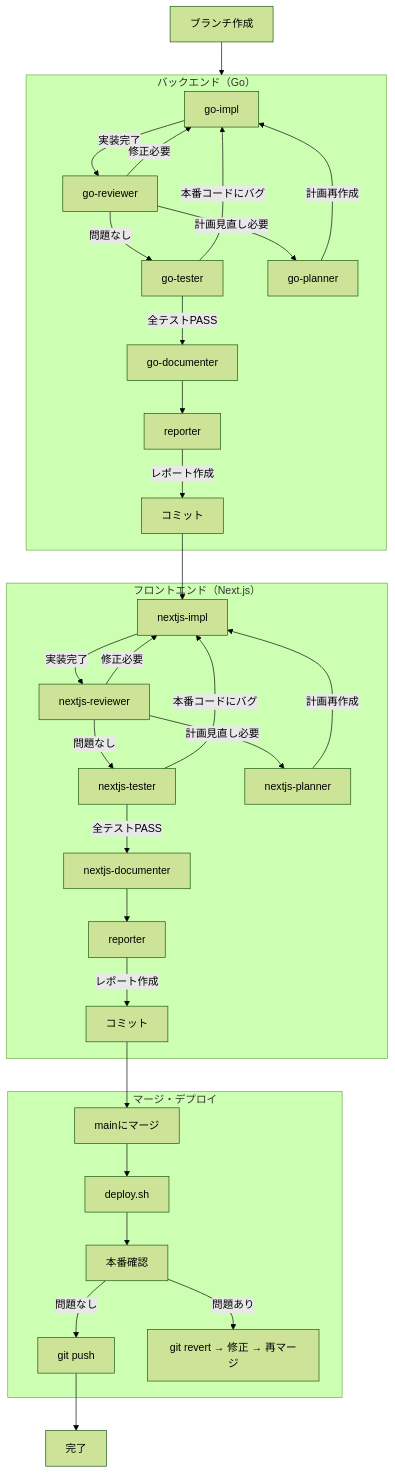
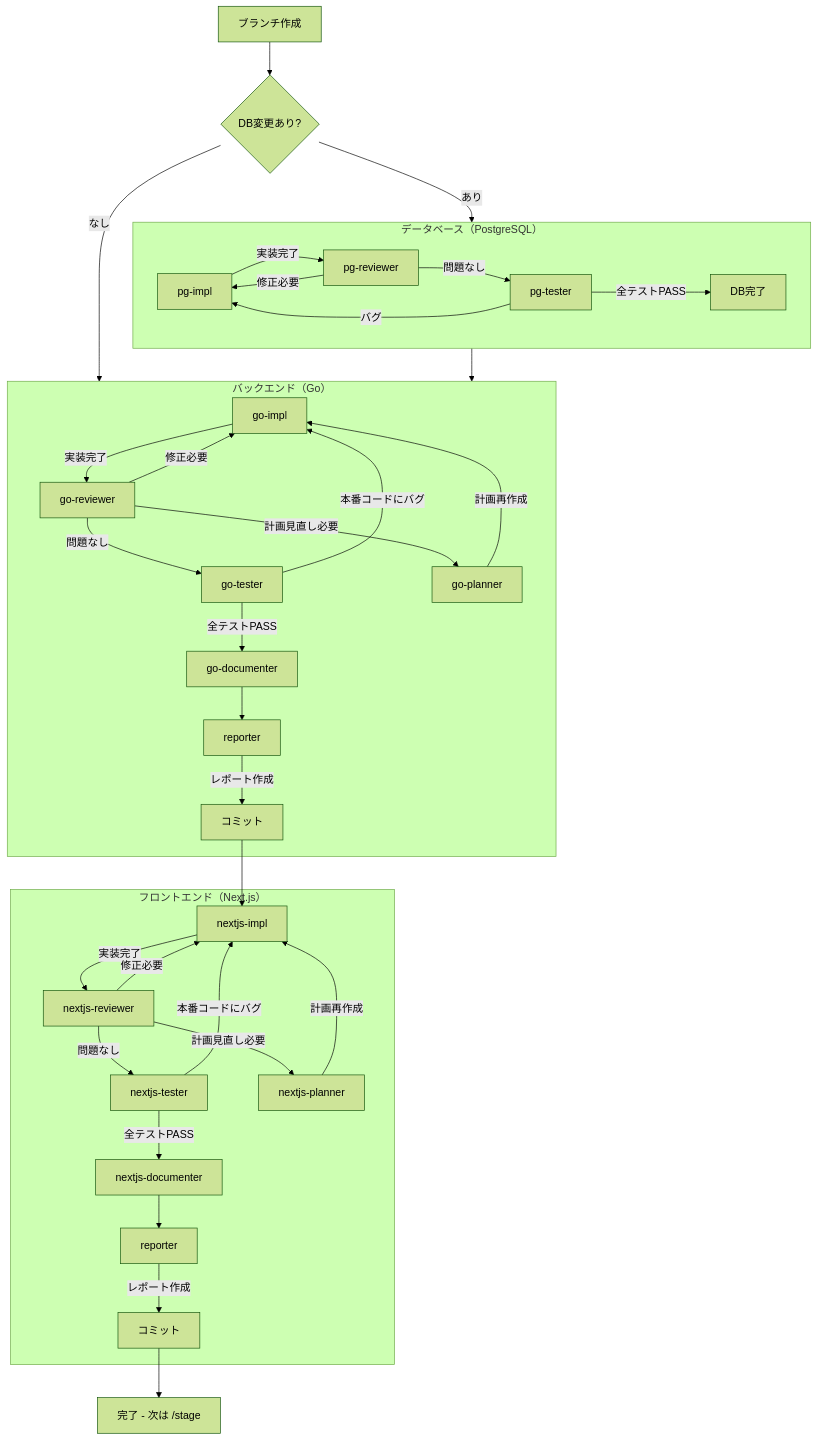
Before and after one commit to nyan-tama/Ghostrunner: the diagram in .claude/commands/fullstack.md, drawn with Mermaid (forest theme). The commit also changed other lines of this file and 14 other files, not shown here.

````diff
--- a/.claude/commands/fullstack.md
+++ b/.claude/commands/fullstack.md
@@ -21,39 +22,44 @@
 ```mermaid
 flowchart TD
-    Start[ブランチ作成] --> Backend
+    Start[ブランチ作成] --> DBCheck{DB変更あり?}
+
+    DBCheck -->|あり| DB
+    DBCheck -->|なし| Backend
+
+    subgraph DB["データベース（PostgreSQL）"]
+        PGI[pg-impl] -->|実装完了| PGR[pg-reviewer]
+        PGR -->|問題なし| PGT[pg-tester]
+        PGR -->|修正必要| PGI
+        PGT -->|全テストPASS| PGDone[DB完了]
+        PGT -->|バグ| PGI
+    end
+
+    DB --> Backend
 
     subgraph Backend["バックエンド（Go）"]
         A[go-impl] -->|実装完了| B[go-reviewer]
         B -->|問題なし| B2[go-tester]
         B -->|修正必要| A
         B -->|計画見直し必要| D[go-planner]
         D -->|計画再作成| A
         B2 -->|全テストPASS| C[go-documenter]
         B2 -->|本番コードにバグ| A
         C --> E[reporter]
         E -->|レポート作成| F[コミット]
     end
 
     subgraph Frontend["フロントエンド（Next.js）"]
         G[nextjs-impl] -->|実装完了| H[nextjs-reviewer]
         H -->|問題なし| H2[nextjs-tester]
         H -->|修正必要| G
         H -->|計画見直し必要| J[nextjs-planner]
         J -->|計画再作成| G
         H2 -->|全テストPASS| I[nextjs-documenter]
         H2 -->|本番コードにバグ| G
         I --> K[reporter]
         K -->|レポート作成| L[コミット]
     end
 
-    subgraph Deploy["マージ・デプロイ"]
-        N[mainにマージ] --> O[deploy.sh]
-        O --> P[本番確認]
-        P -->|問題なし| Q[git push]
-        P -->|問題あり| R[git revert → 修正 → 再マージ]
-    end
-
     F --> G
-    L --> N
-    Q --> M[完了]
+    L --> M[完了 - 次は /stage]
 ```
````
